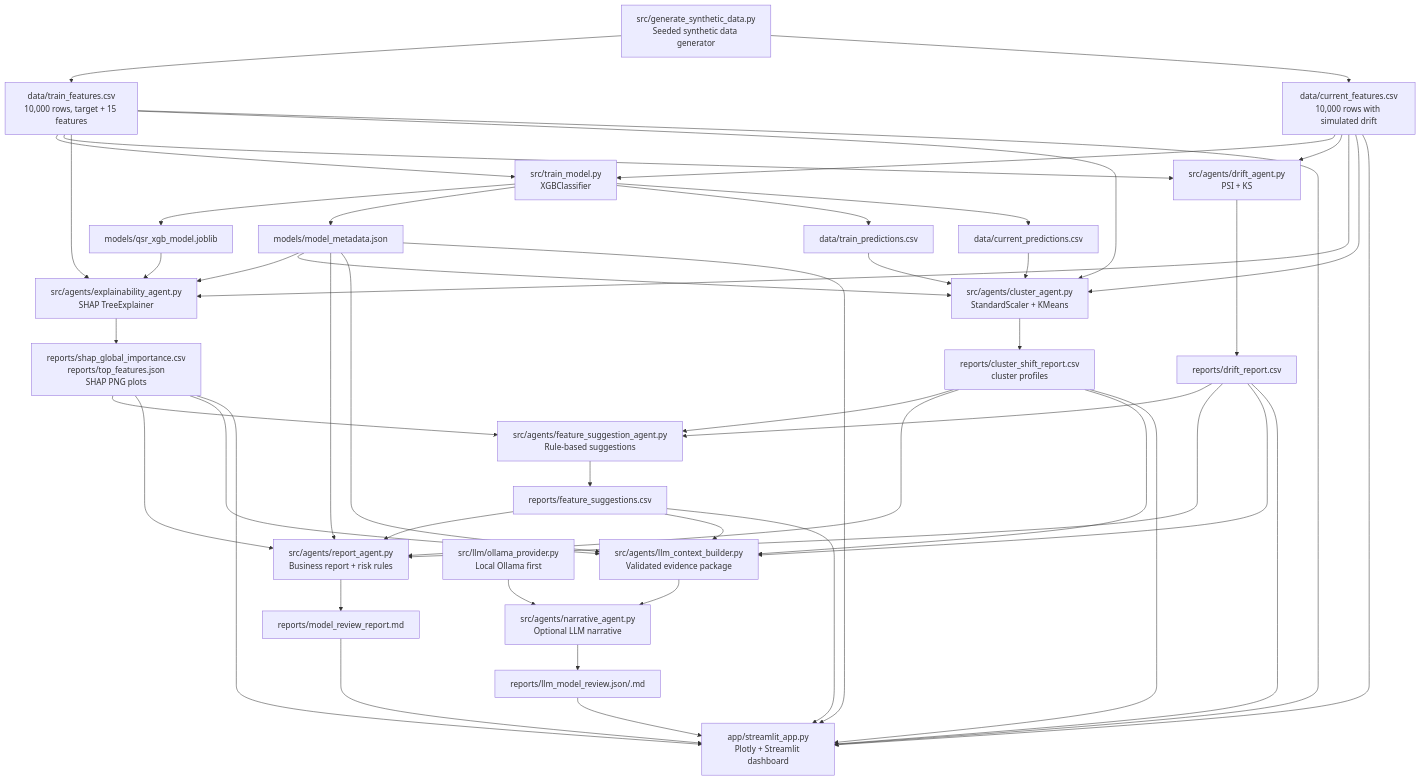
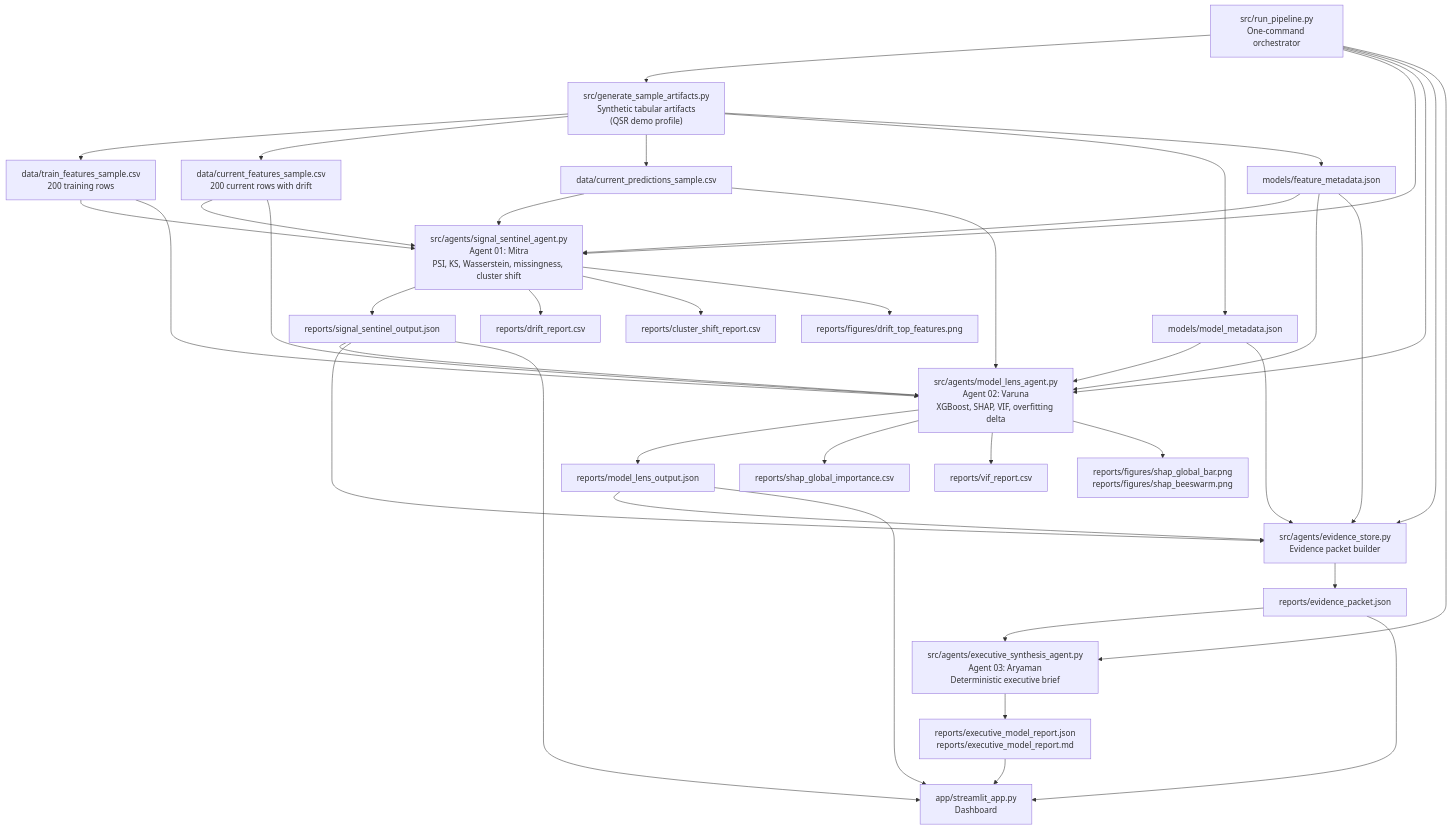
Before and after one commit to adsha05/CometLens: the diagram in CODEBASE_GRAPH.md, drawn with Mermaid. The commit also changed other lines of this file and 77 other files, not shown here.

````diff
--- a/CODEBASE_GRAPH.md
+++ b/CODEBASE_GRAPH.md
@@ -5,76 +5,70 @@
 ```mermaid
 flowchart TD
-    G["src/generate_synthetic_data.py<br/>Seeded synthetic data generator"]
-    TF["data/train_features.csv<br/>10,000 rows, target + 15 features"]
-    CF["data/current_features.csv<br/>10,000 rows with simulated drift"]
-    T["src/train_model.py<br/>XGBClassifier"]
-    M["models/qsr_xgb_model.joblib"]
-    MD["models/model_metadata.json"]
-    TP["data/train_predictions.csv"]
-    CP["data/current_predictions.csv"]
-    D["src/agents/drift_agent.py<br/>PSI + KS"]
-    E["src/agents/explainability_agent.py<br/>SHAP TreeExplainer"]
-    C["src/agents/cluster_agent.py<br/>StandardScaler + KMeans"]
+    P["src/run_pipeline.py<br/>One-command orchestrator"]
+    G["src/generate_sample_artifacts.py<br/>Synthetic tabular artifacts<br/>(QSR demo profile)"]
+    TF["data/train_features_sample.csv<br/>200 training rows"]
+    CF["data/current_features_sample.csv<br/>200 current rows with drift"]
+    PR["data/current_predictions_sample.csv"]
+    MM["models/model_metadata.json"]
+    FM["models/feature_metadata.json"]
+
+    S["src/agents/signal_sentinel_agent.py<br/>Agent 01: Mitra<br/>PSI, KS, Wasserstein, missingness, cluster shift"]
+    SO["reports/signal_sentinel_output.json"]
     DR["reports/drift_report.csv"]
-    SR["reports/shap_global_importance.csv<br/>reports/top_features.json<br/>SHAP PNG plots"]
-    CR["reports/cluster_shift_report.csv<br/>cluster profiles"]
-    F["src/agents/feature_suggestion_agent.py<br/>Rule-based suggestions"]
-    FR["reports/feature_suggestions.csv"]
-    R["src/agents/report_agent.py<br/>Business report + risk rules"]
-    RR["reports/model_review_report.md"]
-    X["src/agents/llm_context_builder.py<br/>Validated evidence package"]
-    N["src/agents/narrative_agent.py<br/>Optional LLM narrative"]
-    O["src/llm/ollama_provider.py<br/>Local Ollama first"]
-    NR["reports/llm_model_review.json/.md"]
-    UI["app/streamlit_app.py<br/>Plotly + Streamlit dashboard"]
+    CR["reports/cluster_shift_report.csv"]
+    DF["reports/figures/drift_top_features.png"]
 
+    L["src/agents/model_lens_agent.py<br/>Agent 02: Varuna<br/>XGBoost, SHAP, VIF, overfitting delta"]
+    LO["reports/model_lens_output.json"]
+    SH["reports/shap_global_importance.csv"]
+    VF["reports/vif_report.csv"]
+    SF["reports/figures/shap_global_bar.png<br/>reports/figures/shap_beeswarm.png"]
+
+    E["src/agents/evidence_store.py<br/>Evidence packet builder"]
+    EP["reports/evidence_packet.json"]
+
+    X["src/agents/executive_synthesis_agent.py<br/>Agent 03: Aryaman<br/>Deterministic executive brief"]
+    XO["reports/executive_model_report.json<br/>reports/executive_model_report.md"]
+
+    UI["app/streamlit_app.py<br/>Dashboard"]
+
+    P --> G
+    P --> S
+    P --> L
+    P --> E
+    P --> X
     G --> TF
     G --> CF
-    TF --> T
-    CF --> T
-    T --> M
-    T --> MD
-    T --> TP
-    T --> CP
-    TF --> D
-    CF --> D
-    D --> DR
-    M --> E
-    MD --> E
-    TF --> E
-    CF --> E
-    E --> SR
-    TF --> C
-    CF --> C
-    MD --> C
-    TP --> C
-    CP --> C
-    C --> CR
-    DR --> F
-    SR --> F
-    CR --> F
-    F --> FR
-    MD --> R
-    DR --> R
-    SR --> R
-    CR --> R
-    FR --> R
-    R --> RR
-    MD --> X
-    DR --> X
-    SR --> X
-    CR --> X
-    FR --> X
-    X --> N
-    O --> N
-    N --> NR
-    TF --> UI
-    CF --> UI
-    MD --> UI
-    DR --> UI
-    SR --> UI
-    CR --> UI
-    FR --> UI
-    RR --> UI
-    NR --> UI
+    G --> PR
+    G --> MM
+    G --> FM
+    TF --> S
+    CF --> S
+    PR --> S
+    FM --> S
+    S --> SO
+    S --> DR
+    S --> CR
+    S --> DF
+    TF --> L
+    CF --> L
+    PR --> L
+    MM --> L
+    FM --> L
+    SO --> L
+    L --> LO
+    L --> SH
+    L --> VF
+    L --> SF
+    SO --> E
+    LO --> E
+    MM --> E
+    FM --> E
+    E --> EP
+    EP --> X
+    X --> XO
+    SO --> UI
+    LO --> UI
+    EP --> UI
+    XO --> UI
 ```
````
